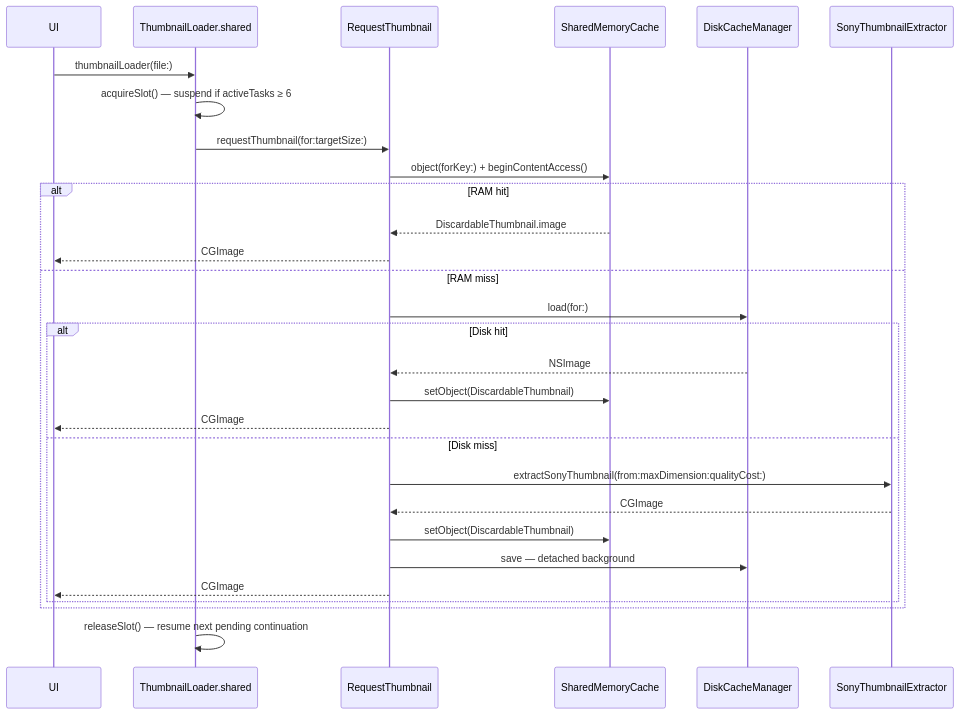
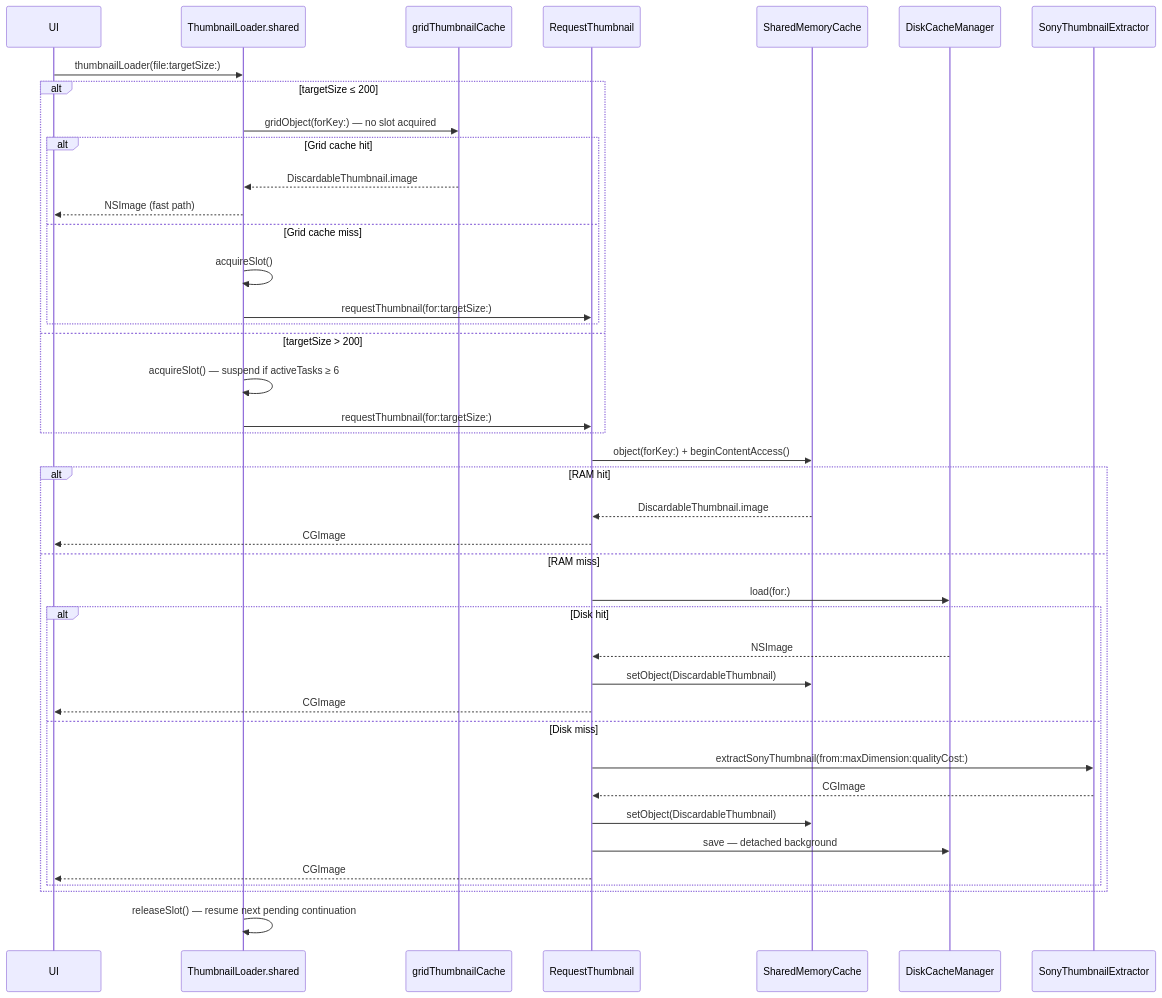
Before and after one commit to rsyncOSX/TechDocRawcull: the second of 3 diagrams in content/en/docs/thumbnail.md, drawn with Mermaid. The commit also changed other lines of this file and 44 other files, not shown here.

````diff
--- a/content/en/docs/thumbnail.md
+++ b/content/en/docs/thumbnail.md
@@ -355,32 +392,44 @@
 ```mermaid
 sequenceDiagram
     participant UI
     participant TL as ThumbnailLoader.shared
+    participant GC as gridThumbnailCache
     participant RT as RequestThumbnail
     participant MC as SharedMemoryCache
     participant DC as DiskCacheManager
     participant EX as SonyThumbnailExtractor
 
-    UI->>TL: thumbnailLoader(file:)
-    TL->>TL: acquireSlot() — suspend if activeTasks ≥ 6
-    TL->>RT: requestThumbnail(for:targetSize:)
+    UI->>TL: thumbnailLoader(file:targetSize:)
+    alt targetSize ≤ 200
+        TL->>GC: gridObject(forKey:) — no slot acquired
+        alt Grid cache hit
+            GC-->>TL: DiscardableThumbnail.image
+            TL-->>UI: NSImage (fast path)
+        else Grid cache miss
+            TL->>TL: acquireSlot()
+            TL->>RT: requestThumbnail(for:targetSize:)
+        end
+    else targetSize > 200
+        TL->>TL: acquireSlot() — suspend if activeTasks ≥ 6
+        TL->>RT: requestThumbnail(for:targetSize:)
+    end
     RT->>MC: object(forKey:) + beginContentAccess()
     alt RAM hit
         MC-->>RT: DiscardableThumbnail.image
         RT-->>UI: CGImage
     else RAM miss
         RT->>DC: load(for:)
         alt Disk hit
             DC-->>RT: NSImage
             RT->>MC: setObject(DiscardableThumbnail)
             RT-->>UI: CGImage
         else Disk miss
             RT->>EX: extractSonyThumbnail(from:maxDimension:qualityCost:)
             EX-->>RT: CGImage
             RT->>MC: setObject(DiscardableThumbnail)
             RT->>DC: save — detached background
             RT-->>UI: CGImage
         end
     end
     TL->>TL: releaseSlot() — resume next pending continuation
 ```
````
